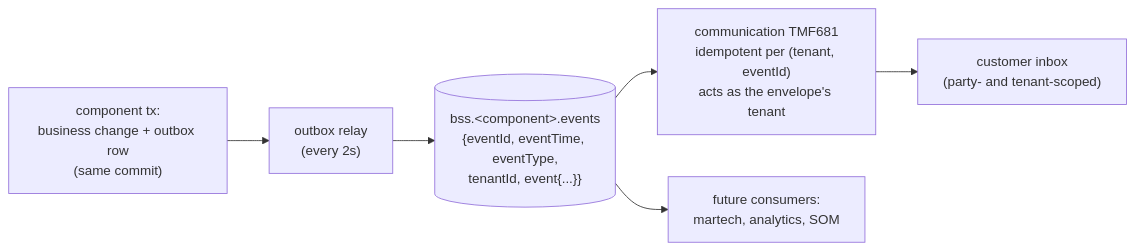
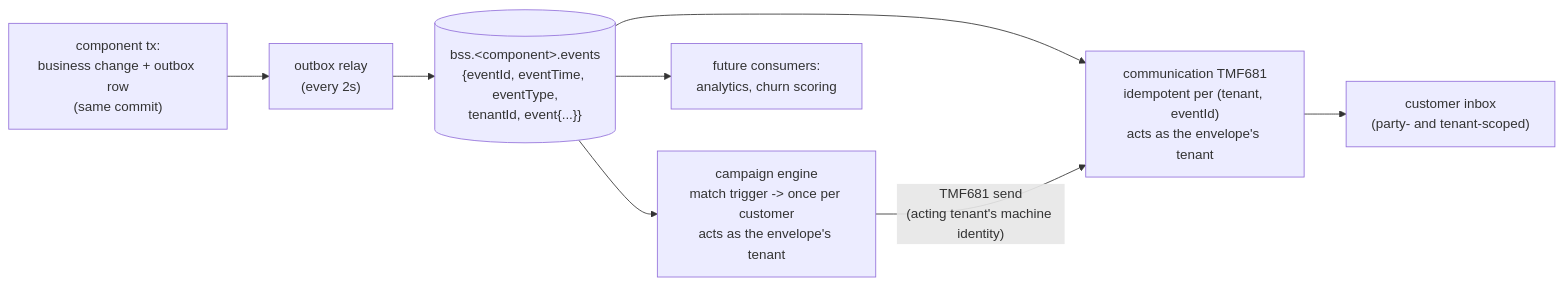
The fourth of 4 diagrams in docs/architecture.md (kundanvarma/genalpha-bss), drawn with Mermaid before and after one commit. The commit also changed other lines of this file and 60 other files, not shown here.

First line of the commit message:
feat: martech campaign engine — event-triggered journeys, once per customer

````diff
--- a/docs/architecture.md
+++ b/docs/architecture.md
@@ -174,8 +176,10 @@
 ```mermaid
 flowchart LR
     SVC["component tx:\nbusiness change + outbox row\n(same commit)"] --> RELAY["outbox relay\n(every 2s)"]
     RELAY --> K[("bss.&lt;component&gt;.events\n{eventId, eventTime, eventType,\ntenantId, event{...}}")]
     K --> COMM["communication TMF681\nidempotent per (tenant, eventId)\nacts as the envelope's tenant"]
-    K --> MARTECH["future consumers:\nmartech, analytics, SOM"]
+    K --> CAMP["campaign engine\nmatch trigger -> once per customer\nacts as the envelope's tenant"]
+    CAMP -->|"TMF681 send\n(acting tenant's machine identity)"| COMM
+    K --> FUT["future consumers:\nanalytics, churn scoring"]
     COMM --> INBOX["customer inbox\n(party- and tenant-scoped)"]
 ```
````
